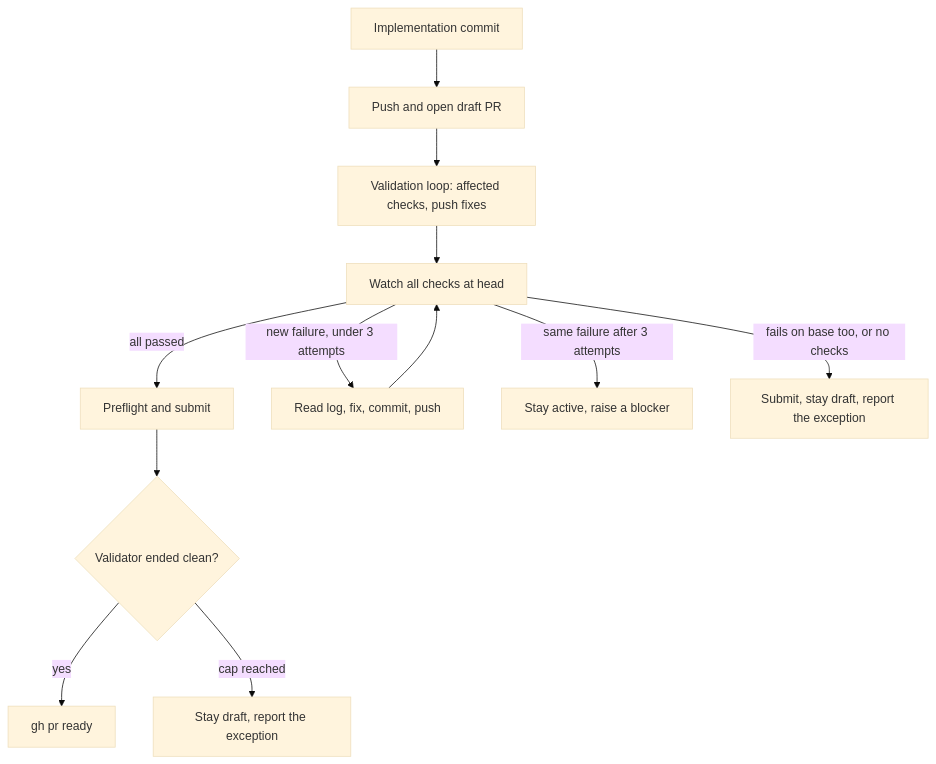
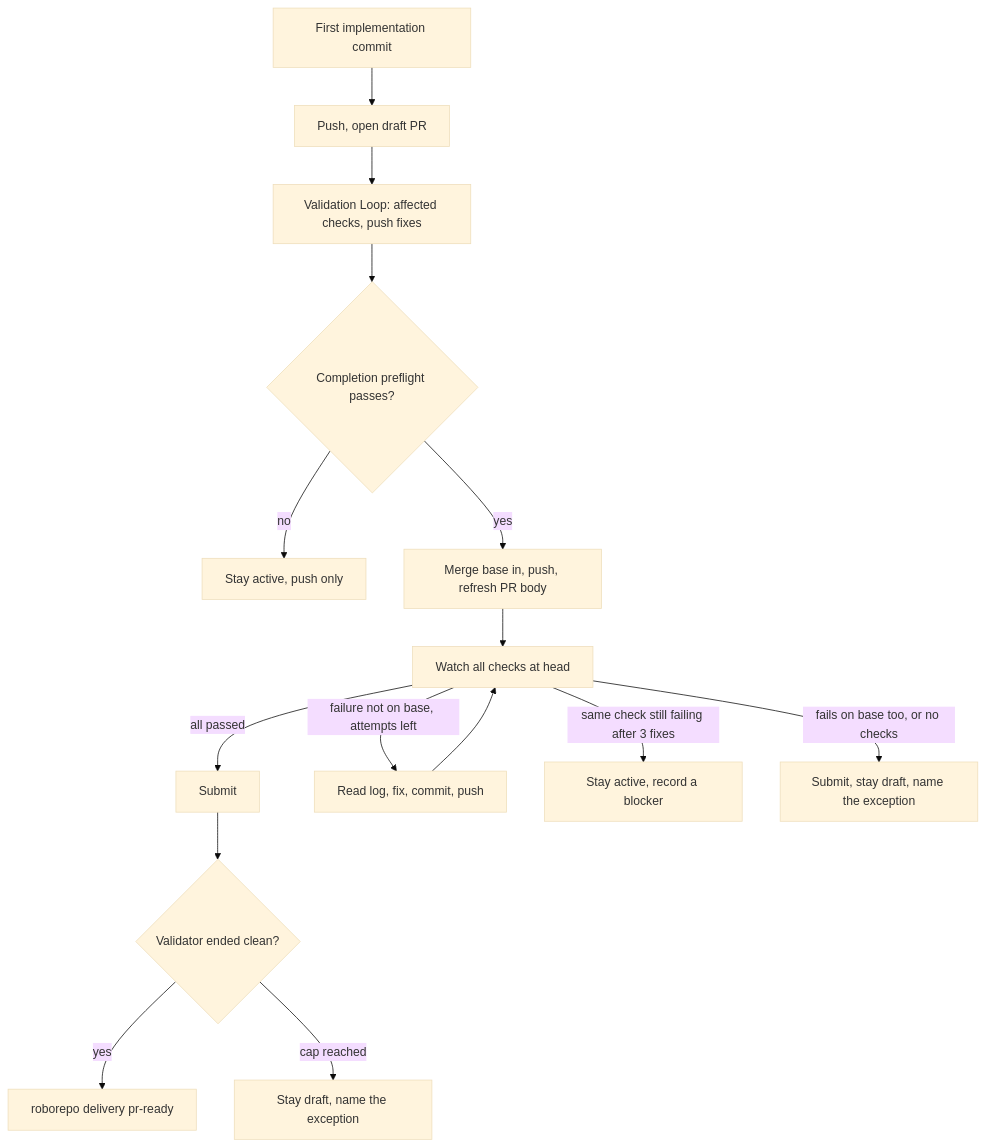
One commit to kirinmurphy/roborepo-alpha changed the diagram in plans/backlog/plans-suite-quick-wins-2-git-delivery.md. Above: the diagram before and after it, drawn with Mermaid (base theme). The commit also changed other lines of this file, not shown here.

Commit message:
Update plan plans-suite-quick-wins-2-git-delivery

````diff
--- a/plans/backlog/plans-suite-quick-wins-2-git-delivery.md
+++ b/plans/backlog/plans-suite-quick-wins-2-git-delivery.md
@@ -66,13 +105,16 @@
 ```mermaid
 flowchart TD
-  C[Implementation commit] --> P[Push and open draft PR]
-  P --> V[Validation loop: affected checks, push fixes]
-  V --> W[Watch all checks at head]
-  W -->|all passed| S[Preflight and submit]
-  W -->|new failure, under 3 attempts| F[Read log, fix, commit, push] --> W
-  W -->|same failure after 3 attempts| B[Stay active, raise a blocker]
-  W -->|fails on base too, or no checks| E[Submit, stay draft, report the exception]
+  C[First implementation commit] --> P[Push, open draft PR]
+  P --> V[Validation Loop: affected checks, push fixes]
+  V --> Q{Completion preflight passes?}
+  Q -->|no| A[Stay active, push only]
+  Q -->|yes| M[Merge base in, push, refresh PR body]
+  M --> W[Watch all checks at head]
+  W -->|all passed| S[Submit]
+  W -->|failure not on base, attempts left| F[Read log, fix, commit, push] --> W
+  W -->|same check still failing after 3 fixes| B[Stay active, record a blocker]
+  W -->|fails on base too, or no checks| E[Submit, stay draft, name the exception]
   S --> R{Validator ended clean?}
-  R -->|yes| D[gh pr ready]
-  R -->|cap reached| X[Stay draft, report the exception]
+  R -->|yes| D[roborepo delivery pr-ready]
+  R -->|cap reached| X[Stay draft, name the exception]
 ```
````
